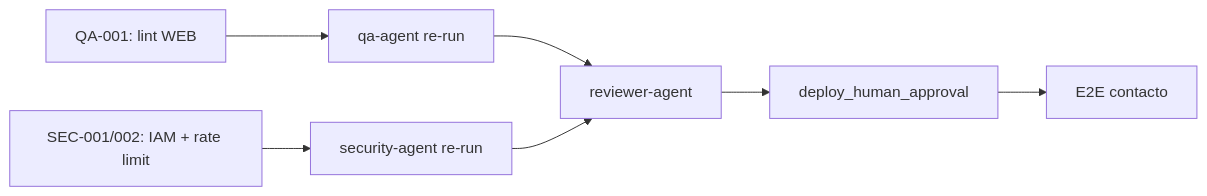
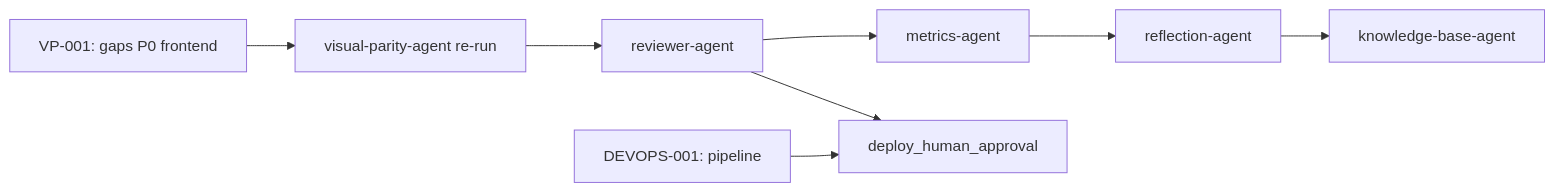
One commit to arodriguez-novusintelligence/NovusAIDevelopmentFramework changed the diagram in .nadf/projects/novus-intelligence/artifacts/reflexion-ejecucion.md. Above: the diagram before and after it, drawn with Mermaid. The commit also changed other lines of this file and 1 other file, not shown here.

First line of the commit message:
docs(novus-intelligence): re-reflexión paso-13 — qualityScore 78, bloqueado por paridad visual

````diff
--- a/.nadf/projects/novus-intelligence/artifacts/reflexion-ejecucion.md
+++ b/.nadf/projects/novus-intelligence/artifacts/reflexion-ejecucion.md
@@ -192,9 +220,10 @@
 ```mermaid
 flowchart LR
-    QA001[QA-001: lint WEB] --> QA[qa-agent re-run]
-    SEC[SEC-001/002: IAM + rate limit] --> SECA[security-agent re-run]
-    QA --> REV[reviewer-agent]
-    SECA --> REV
-    REV --> DEPLOY[deploy_human_approval]
-    DEPLOY --> E2E[E2E contacto]
+    VP[VP-001: gaps P0 frontend] --> VPCHK[visual-parity-agent re-run]
+    VPCHK --> REV[reviewer-agent]
+    REV --> MET[metrics-agent]
+    MET --> REF[reflection-agent]
+    REF --> KB[knowledge-base-agent]
+    DEVOPS[DEVOPS-001: pipeline] --> DEPLOY[deploy_human_approval]
+    REV --> DEPLOY
 ```
````
